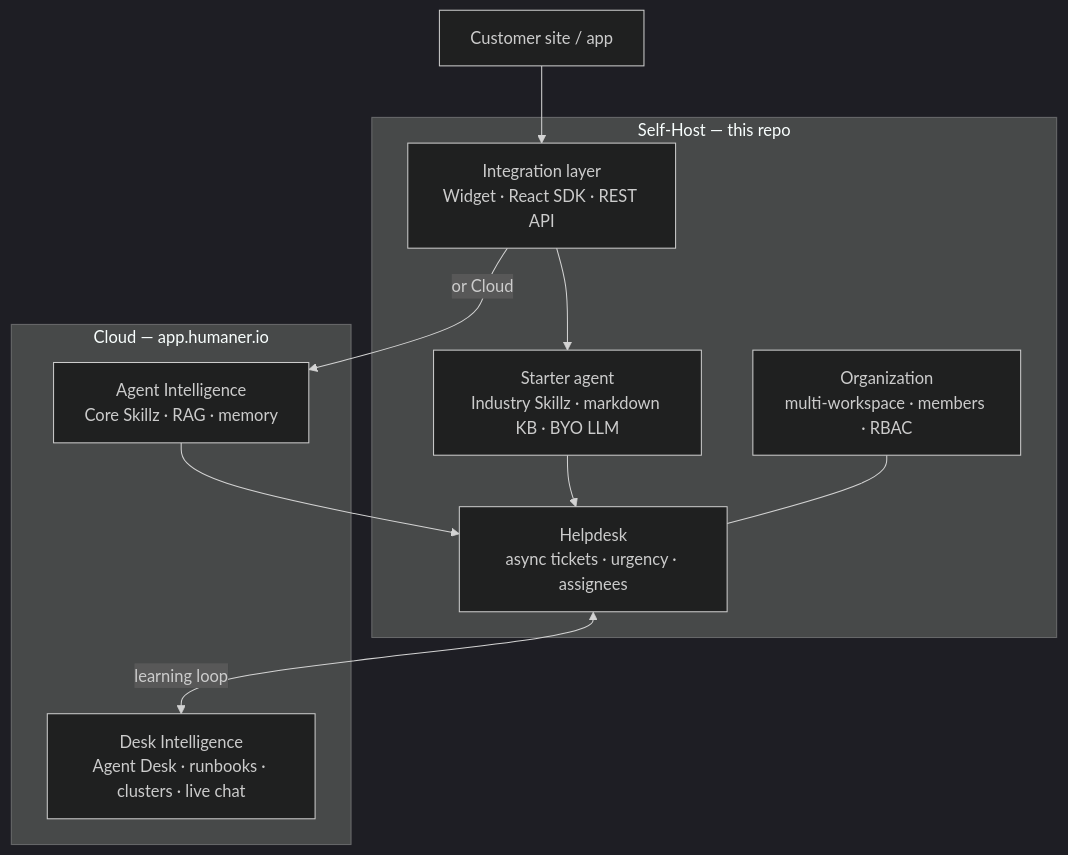
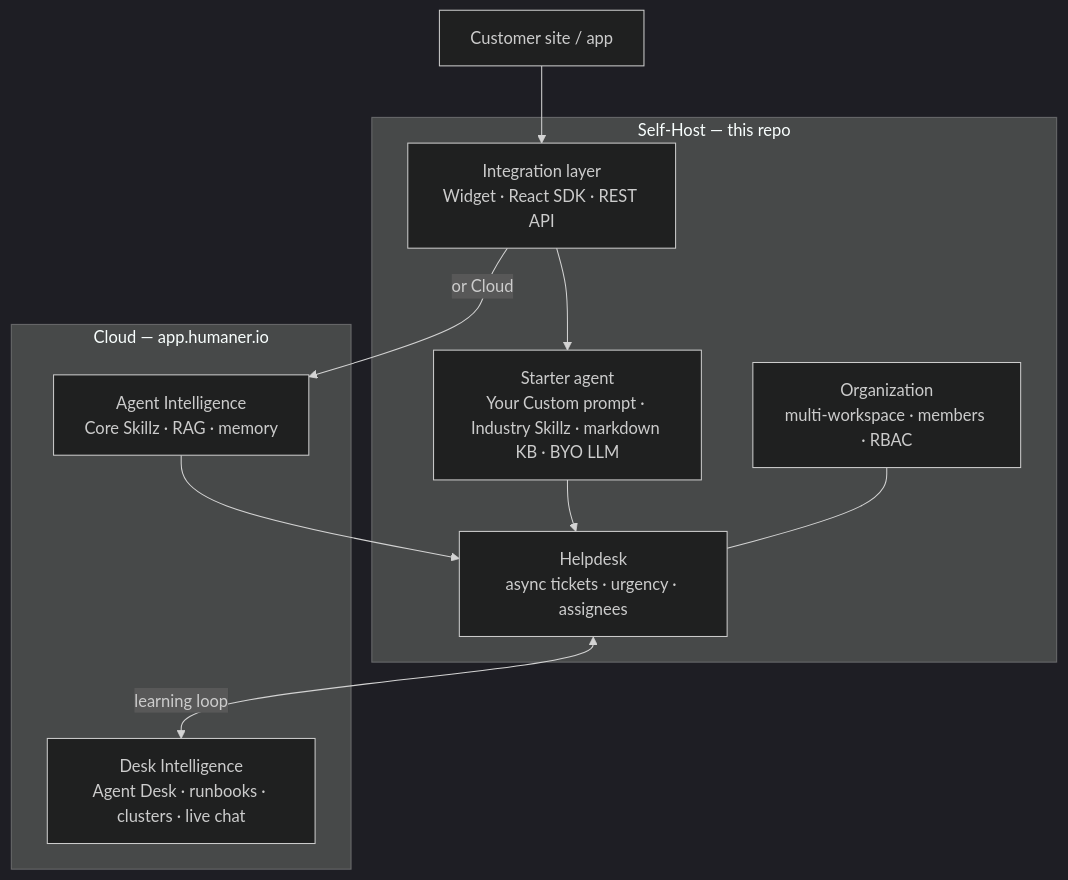
One commit to Humaner-inc/Humaner changed the diagram in README.md. Above: the diagram before and after it, drawn with Mermaid (dark theme). The commit also changed other lines of this file and 83 other files, not shown here.

````diff
--- a/README.md
+++ b/README.md
@@ -35,24 +35,24 @@
 ```mermaid
 flowchart TB
   SITE[Customer site / app]
 
   subgraph SH["Self-Host — this repo"]
     INT["Integration layer<br/>Widget · React SDK · REST API"]
     ORG["Organization<br/>multi-workspace · members · RBAC"]
-    SA["Starter agent<br/>Industry Skillz · markdown KB · BYO LLM"]
+    SA["Starter agent<br/>Your Custom prompt · Industry Skillz · markdown KB · BYO LLM"]
     HD["Helpdesk<br/>async tickets · urgency · assignees"]
   end
 
   subgraph HOSTED["Cloud — app.humaner.io"]
     HAI["Agent Intelligence<br/>Core Skillz · RAG · memory"]
     HDI["Desk Intelligence<br/>Agent Desk · runbooks · clusters · live chat"]
   end
 
   SITE --> INT
   INT --> SA
   SA --> HD
   INT -->|or Cloud| HAI
   HAI --> HD
   HD <-->|learning loop| HDI
   ORG --- HD
 ```
````
